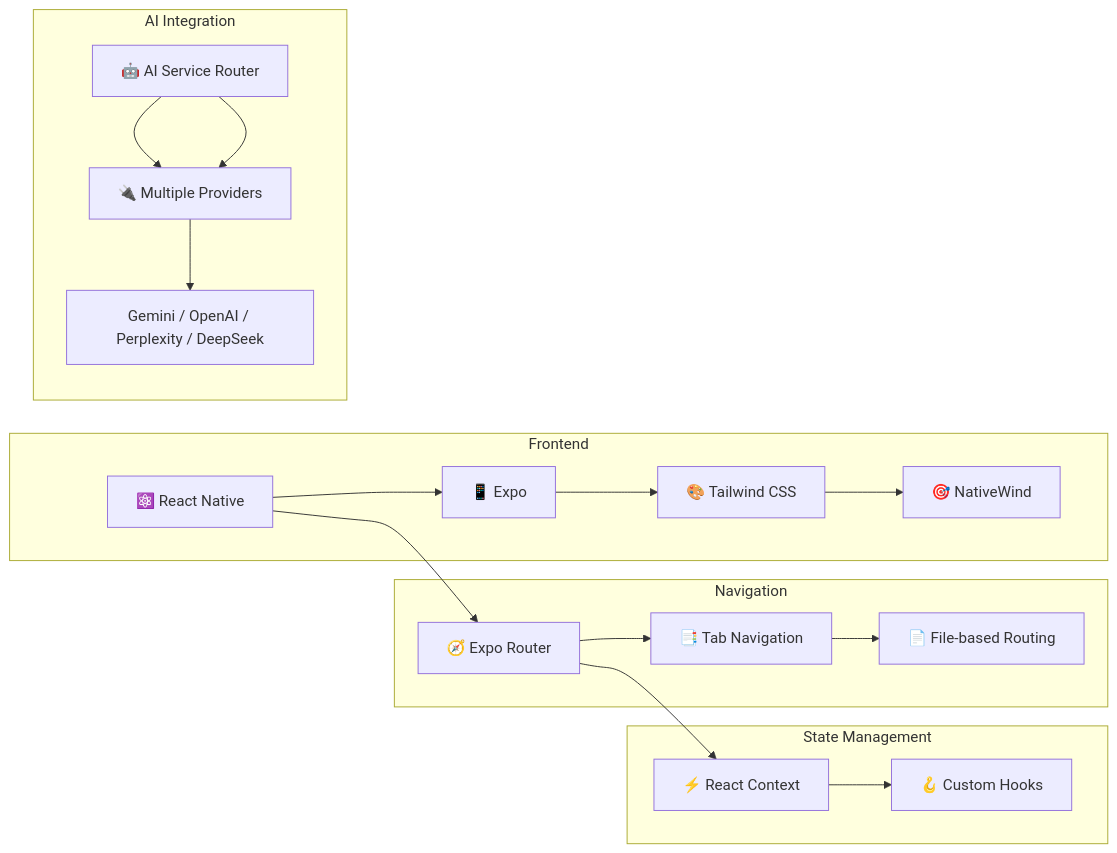
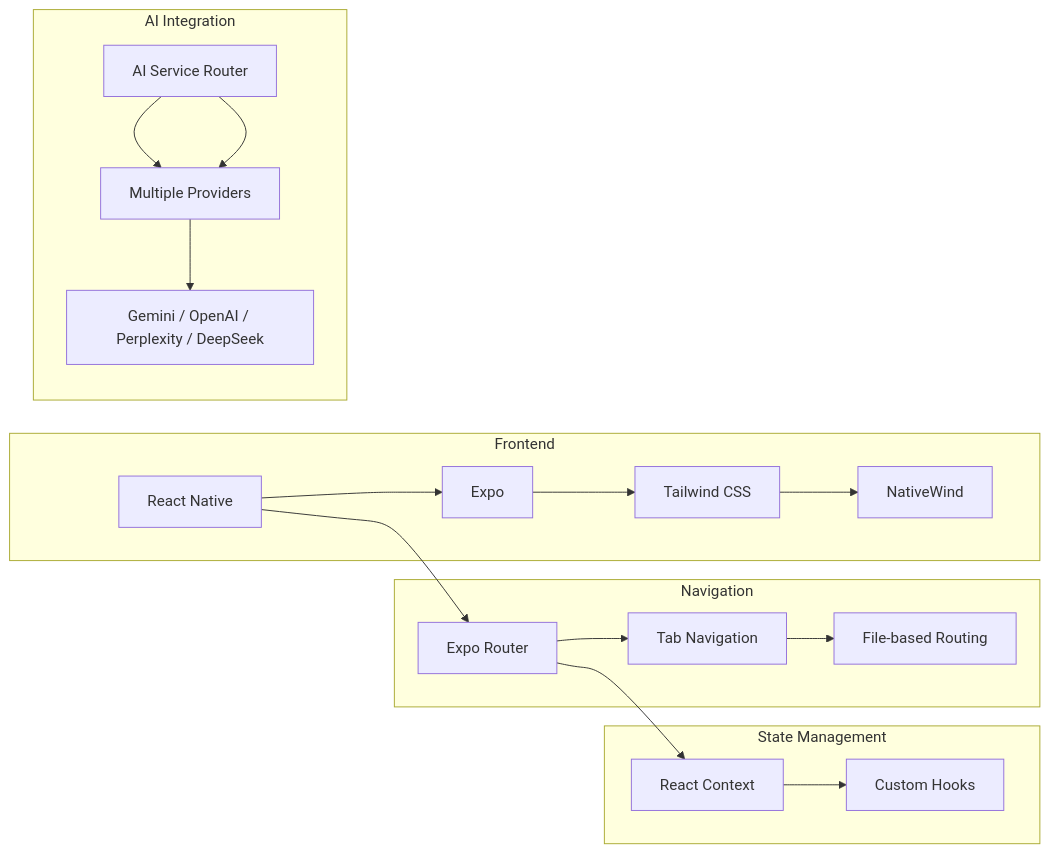
One commit to amkyawdev/code-agent changed the fifth of 8 diagrams in README.md. Above: the diagram before and after it, drawn with Mermaid. The commit also changed other lines of this file, not shown here.

Commit message:
Fix: Mermaid diagrams - remove emojis for GitHub rendering

````diff
--- a/README.md
+++ b/README.md
@@ -141,26 +137,26 @@
 ```mermaid
 graph LR
     subgraph Frontend
-        A[⚛️ React Native] --> B[📱 Expo]
-        B --> C[🎨 Tailwind CSS]
-        C --> D[🎯 NativeWind]
+        A[React Native] --> B[Expo]
+        B --> C[Tailwind CSS]
+        C --> D[NativeWind]
     end
     
     subgraph Navigation
-        E[🧭 Expo Router] --> F[📑 Tab Navigation]
-        F --> G[📄 File-based Routing]
+        E[Expo Router] --> F[Tab Navigation]
+        F --> G[File-based Routing]
     end
     
     subgraph State Management
-        H[⚡ React Context] --> I[🪝 Custom Hooks]
+        H[React Context] --> I[Custom Hooks]
     end
     
     subgraph AI Integration
-        J[🤖 AI Service Router] --> K[🔌 Multiple Providers]
+        J[AI Service Router] --> K[Multiple Providers]
         K --> L[Gemini / OpenAI / Perplexity / DeepSeek]
     end
     
     A --> E
     E --> H
     J --> K
 ```
````
